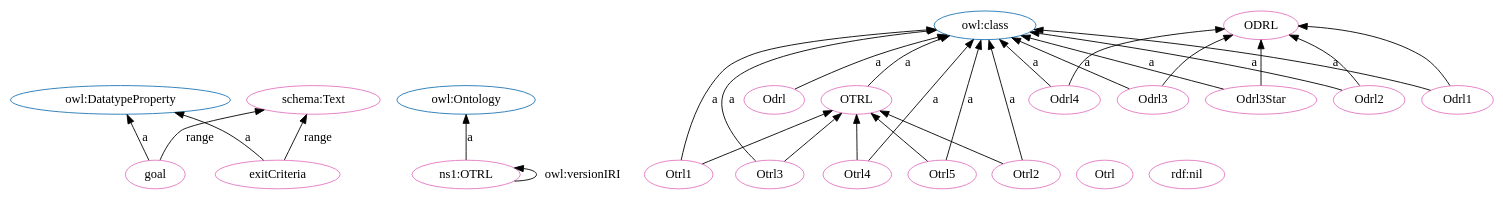
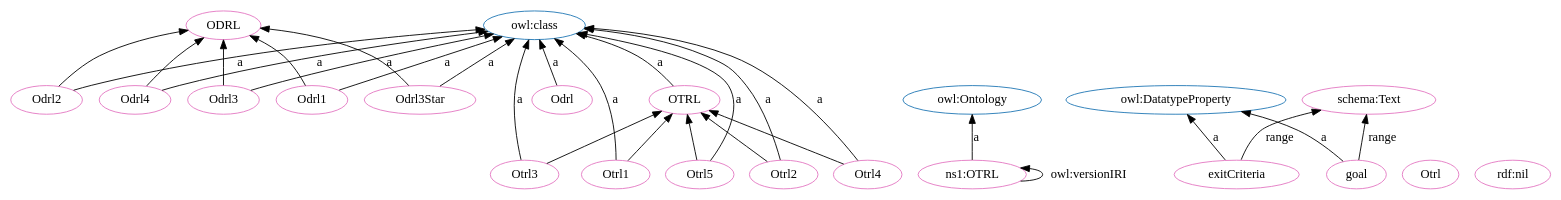
The diagram in OTRL.dot (OPEN-NEXT/OKH-LOSH), drawn with Graphviz before and after one commit. The commit also changed other lines of this file and 15 other files, not shown here.

```diff
--- a/OTRL.dot
+++ b/OTRL.dot
@@ -1,56 +1,56 @@
 digraph G {
   rankdir=BT
   node[height=.3]
+"http://purl.org/oseg/ontologies/OTRL#ODRL" [fillcolor="#1f77b4" color="#1f77b4" label="ODRL"]
+"http://purl.org/oseg/ontologies/OTRL#OTRL" [fillcolor="#1f77b4" color="#1f77b4" label="OTRL"]
+"http://www.w3.org/2002/07/owl#class" [fillcolor="#1f77b4" color="#1f77b4" label="owl:class"]
+"http://www.w3.org/2002/07/owl#Ontology" [fillcolor="#1f77b4" color="#1f77b4" label="owl:Ontology"]
 "http://www.w3.org/2002/07/owl#DatatypeProperty" [fillcolor="#1f77b4" color="#1f77b4" label="owl:DatatypeProperty"]
-"http://www.w3.org/2002/07/owl#Ontology" [fillcolor="#1f77b4" color="#1f77b4" label="owl:Ontology"]
-"http://purl.org/oseg/ontologies/OTRL#OTRL" [fillcolor="#1f77b4" color="#1f77b4" label="OTRL"]
-"http://purl.org/oseg/ontologies/OTRL#ODRL" [fillcolor="#1f77b4" color="#1f77b4" label="ODRL"]
-"http://www.w3.org/2002/07/owl#class" [fillcolor="#1f77b4" color="#1f77b4" label="owl:class"]
+"http://purl.org/oseg/ontologies/OTRL#ODRL" [fillcolor="#e377c2" color="#e377c2" label="ODRL"]
+"http://purl.org/oseg/ontologies/OTRL#Otrl" [fillcolor="#e377c2" color="#e377c2" label="Otrl"]
+"http://purl.org/oseg/ontologies/OTRL#Odrl2" [fillcolor="#e377c2" color="#e377c2" label="Odrl2"]
+"http://purl.org/oseg/ontologies/OTRL#OTRL" [fillcolor="#e377c2" color="#e377c2" label="OTRL"]
+"http://schema.org/Text" [fillcolor="#e377c2" color="#e377c2" label="schema:Text"]
+"http://purl.org/oseg/ontologies/OTRL#Odrl4" [fillcolor="#e377c2" color="#e377c2" label="Odrl4"]
+"http://www.w3.org/1999/02/22-rdf-syntax-ns#nil" [fillcolor="#e377c2" color="#e377c2" label="rdf:nil"]
+"http://purl.org/oseg/ontologies/OTRL#Odrl" [fillcolor="#e377c2" color="#e377c2" label="Odrl"]
+"http://purl.org/oseg/ontologies/OTRL#Otrl3" [fillcolor="#e377c2" color="#e377c2" label="Otrl3"]
+"http://purl.org/oseg/ontologies/OTRL#Otrl1" [fillcolor="#e377c2" color="#e377c2" label="Otrl1"]
+"http://purl.org/oseg/ontologies/OTRL#Odrl3" [fillcolor="#e377c2" color="#e377c2" label="Odrl3"]
+"http://purl.org/oseg/ontologies/OTRL#Otrl5" [fillcolor="#e377c2" color="#e377c2" label="Otrl5"]
+"http://purl.org/oseg/ontologies/OTRL#exitCriteria" [fillcolor="#e377c2" color="#e377c2" label="exitCriteria"]
+"http://purl.org/oseg/ontologies/OTRL#Odrl1" [fillcolor="#e377c2" color="#e377c2" label="Odrl1"]
+"http://purl.org/oseg/ontologies/OTRL#goal" [fillcolor="#e377c2" color="#e377c2" label="goal"]
+"http://purl.org/oseg/ontologies/OTRL" [fillcolor="#e377c2" color="#e377c2" label="ns1:OTRL"]
+"http://purl.org/oseg/ontologies/OTRL#Otrl2" [fillcolor="#e377c2" color="#e377c2" label="Otrl2"]
+"http://purl.org/oseg/ontologies/OTRL#Odrl3Star" [fillcolor="#e377c2" color="#e377c2" label="Odrl3Star"]
 "http://purl.org/oseg/ontologies/OTRL#Otrl4" [fillcolor="#e377c2" color="#e377c2" label="Otrl4"]
-"http://purl.org/oseg/ontologies/OTRL#Otrl1" [fillcolor="#e377c2" color="#e377c2" label="Otrl1"]
-"http://purl.org/oseg/ontologies/OTRL#OTRL" [fillcolor="#e377c2" color="#e377c2" label="OTRL"]
-"http://purl.org/oseg/ontologies/OTRL#goal" [fillcolor="#e377c2" color="#e377c2" label="goal"]
-"http://purl.org/oseg/ontologies/OTRL#Otrl" [fillcolor="#e377c2" color="#e377c2" label="Otrl"]
-"http://purl.org/oseg/ontologies/OTRL#ODRL" [fillcolor="#e377c2" color="#e377c2" label="ODRL"]
-"http://purl.org/oseg/ontologies/OTRL#Odrl2" [fillcolor="#e377c2" color="#e377c2" label="Odrl2"]
-"http://purl.org/oseg/ontologies/OTRL#Odrl3" [fillcolor="#e377c2" color="#e377c2" label="Odrl3"]
-"http://www.w3.org/1999/02/22-rdf-syntax-ns#nil" [fillcolor="#e377c2" color="#e377c2" label="rdf:nil"]
-"http://purl.org/oseg/ontologies/OTRL" [fillcolor="#e377c2" color="#e377c2" label="ns1:OTRL"]
-"http://purl.org/oseg/ontologies/OTRL#exitCriteria" [fillcolor="#e377c2" color="#e377c2" label="exitCriteria"]
-"http://purl.org/oseg/ontologies/OTRL#Otrl3" [fillcolor="#e377c2" color="#e377c2" label="Otrl3"]
-"http://purl.org/oseg/ontologies/OTRL#Odrl" [fillcolor="#e377c2" color="#e377c2" label="Odrl"]
-"http://purl.org/oseg/ontologies/OTRL#Odrl4" [fillcolor="#e377c2" color="#e377c2" label="Odrl4"]
-"http://purl.org/oseg/ontologies/OTRL#Odrl3Star" [fillcolor="#e377c2" color="#e377c2" label="Odrl3Star"]
-"http://schema.org/Text" [fillcolor="#e377c2" color="#e377c2" label="schema:Text"]
-"http://purl.org/oseg/ontologies/OTRL#Otrl2" [fillcolor="#e377c2" color="#e377c2" label="Otrl2"]
-"http://purl.org/oseg/ontologies/OTRL#Otrl5" [fillcolor="#e377c2" color="#e377c2" label="Otrl5"]
-"http://purl.org/oseg/ontologies/OTRL#Odrl1" [fillcolor="#e377c2" color="#e377c2" label="Odrl1"]
-  "http://purl.org/oseg/ontologies/OTRL#Otrl4" -> "http://purl.org/oseg/ontologies/OTRL#OTRL" [label=""]
+  "http://purl.org/oseg/ontologies/OTRL#Odrl3" -> "http://purl.org/oseg/ontologies/OTRL#ODRL" [label=""]
+  "http://purl.org/oseg/ontologies/OTRL#Otrl1" -> "http://www.w3.org/2002/07/owl#class" [label="a"]
+  "http://purl.org/oseg/ontologies/OTRL#Otrl5" -> "http://www.w3.org/2002/07/owl#class" [label="a"]
   "http://purl.org/oseg/ontologies/OTRL#goal" -> "http://www.w3.org/2002/07/owl#DatatypeProperty" [label="a"]
-  "http://purl.org/oseg/ontologies/OTRL#Odrl3" -> "http://www.w3.org/2002/07/owl#class" [label="a"]
-  "http://purl.org/oseg/ontologies/OTRL" -> "http://www.w3.org/2002/07/owl#Ontology" [label="a"]
-  "http://purl.org/oseg/ontologies/OTRL#Otrl3" -> "http://www.w3.org/2002/07/owl#class" [label="a"]
-  "http://purl.org/oseg/ontologies/OTRL#Otrl3" -> "http://purl.org/oseg/ontologies/OTRL#OTRL" [label=""]
-  "http://purl.org/oseg/ontologies/OTRL#Odrl3" -> "http://purl.org/oseg/ontologies/OTRL#ODRL" [label=""]
+  "http://purl.org/oseg/ontologies/OTRL#Otrl1" -> "http://purl.org/oseg/ontologies/OTRL#OTRL" [label=""]
+  "http://purl.org/oseg/ontologies/OTRL#Otrl5" -> "http://purl.org/oseg/ontologies/OTRL#OTRL" [label=""]
+  "http://purl.org/oseg/ontologies/OTRL#Odrl2" -> "http://purl.org/oseg/ontologies/OTRL#ODRL" [label=""]
+  "http://purl.org/oseg/ontologies/OTRL#Odrl3Star" -> "http://purl.org/oseg/ontologies/OTRL#ODRL" [label=""]
   "http://purl.org/oseg/ontologies/OTRL#Odrl3Star" -> "http://www.w3.org/2002/07/owl#class" [label="a"]
-  "http://purl.org/oseg/ontologies/OTRL#Odrl3Star" -> "http://purl.org/oseg/ontologies/OTRL#ODRL" [label=""]
-  "http://purl.org/oseg/ontologies/OTRL#Otrl5" -> "http://purl.org/oseg/ontologies/OTRL#OTRL" [label=""]
+  "http://purl.org/oseg/ontologies/OTRL#OTRL" -> "http://www.w3.org/2002/07/owl#class" [label="a"]
+  "http://purl.org/oseg/ontologies/OTRL#Odrl1" -> "http://purl.org/oseg/ontologies/OTRL#ODRL" [label=""]
+  "http://purl.org/oseg/ontologies/OTRL#Otrl4" -> "http://www.w3.org/2002/07/owl#class" [label="a"]
   "http://purl.org/oseg/ontologies/OTRL" -> "http://purl.org/oseg/ontologies/OTRL" [label="owl:versionIRI"]
-  "http://purl.org/oseg/ontologies/OTRL#Otrl2" -> "http://www.w3.org/2002/07/owl#class" [label="a"]
-  "http://purl.org/oseg/ontologies/OTRL#Otrl4" -> "http://www.w3.org/2002/07/owl#class" [label="a"]
-  "http://purl.org/oseg/ontologies/OTRL#Otrl1" -> "http://www.w3.org/2002/07/owl#class" [label="a"]
-  "http://purl.org/oseg/ontologies/OTRL#OTRL" -> "http://www.w3.org/2002/07/owl#class" [label="a"]
+  "http://purl.org/oseg/ontologies/OTRL#exitCriteria" -> "http://www.w3.org/2002/07/owl#DatatypeProperty" [label="a"]
   "http://purl.org/oseg/ontologies/OTRL#Odrl4" -> "http://purl.org/oseg/ontologies/OTRL#ODRL" [label=""]
   "http://purl.org/oseg/ontologies/OTRL#Odrl2" -> "http://www.w3.org/2002/07/owl#class" [label="a"]
   "http://purl.org/oseg/ontologies/OTRL#Otrl2" -> "http://purl.org/oseg/ontologies/OTRL#OTRL" [label=""]
-  "http://purl.org/oseg/ontologies/OTRL#exitCriteria" -> "http://www.w3.org/2002/07/owl#DatatypeProperty" [label="a"]
-  "http://purl.org/oseg/ontologies/OTRL#Odrl2" -> "http://purl.org/oseg/ontologies/OTRL#ODRL" [label=""]
+  "http://purl.org/oseg/ontologies/OTRL#exitCriteria" -> "http://schema.org/Text" [label="range"]
   "http://purl.org/oseg/ontologies/OTRL#Odrl4" -> "http://www.w3.org/2002/07/owl#class" [label="a"]
+  "http://purl.org/oseg/ontologies/OTRL#goal" -> "http://schema.org/Text" [label="range"]
+  "http://purl.org/oseg/ontologies/OTRL#Otrl3" -> "http://www.w3.org/2002/07/owl#class" [label="a"]
+  "http://purl.org/oseg/ontologies/OTRL#Odrl3" -> "http://www.w3.org/2002/07/owl#class" [label="a"]
+  "http://purl.org/oseg/ontologies/OTRL#Odrl1" -> "http://www.w3.org/2002/07/owl#class" [label="a"]
+  "http://purl.org/oseg/ontologies/OTRL" -> "http://www.w3.org/2002/07/owl#Ontology" [label="a"]
+  "http://purl.org/oseg/ontologies/OTRL#Otrl4" -> "http://purl.org/oseg/ontologies/OTRL#OTRL" [label=""]
+  "http://purl.org/oseg/ontologies/OTRL#Otrl2" -> "http://www.w3.org/2002/07/owl#class" [label="a"]
+  "http://purl.org/oseg/ontologies/OTRL#Otrl3" -> "http://purl.org/oseg/ontologies/OTRL#OTRL" [label=""]
   "http://purl.org/oseg/ontologies/OTRL#Odrl" -> "http://www.w3.org/2002/07/owl#class" [label="a"]
-  "http://purl.org/oseg/ontologies/OTRL#Odrl1" -> "http://purl.org/oseg/ontologies/OTRL#ODRL" [label=""]
-  "http://purl.org/oseg/ontologies/OTRL#goal" -> "http://schema.org/Text" [label="range"]
-  "http://purl.org/oseg/ontologies/OTRL#exitCriteria" -> "http://schema.org/Text" [label="range"]
-  "http://purl.org/oseg/ontologies/OTRL#Otrl1" -> "http://purl.org/oseg/ontologies/OTRL#OTRL" [label=""]
-  "http://purl.org/oseg/ontologies/OTRL#Otrl5" -> "http://www.w3.org/2002/07/owl#class" [label="a"]
-  "http://purl.org/oseg/ontologies/OTRL#Odrl1" -> "http://www.w3.org/2002/07/owl#class" [label="a"]
 }
```
